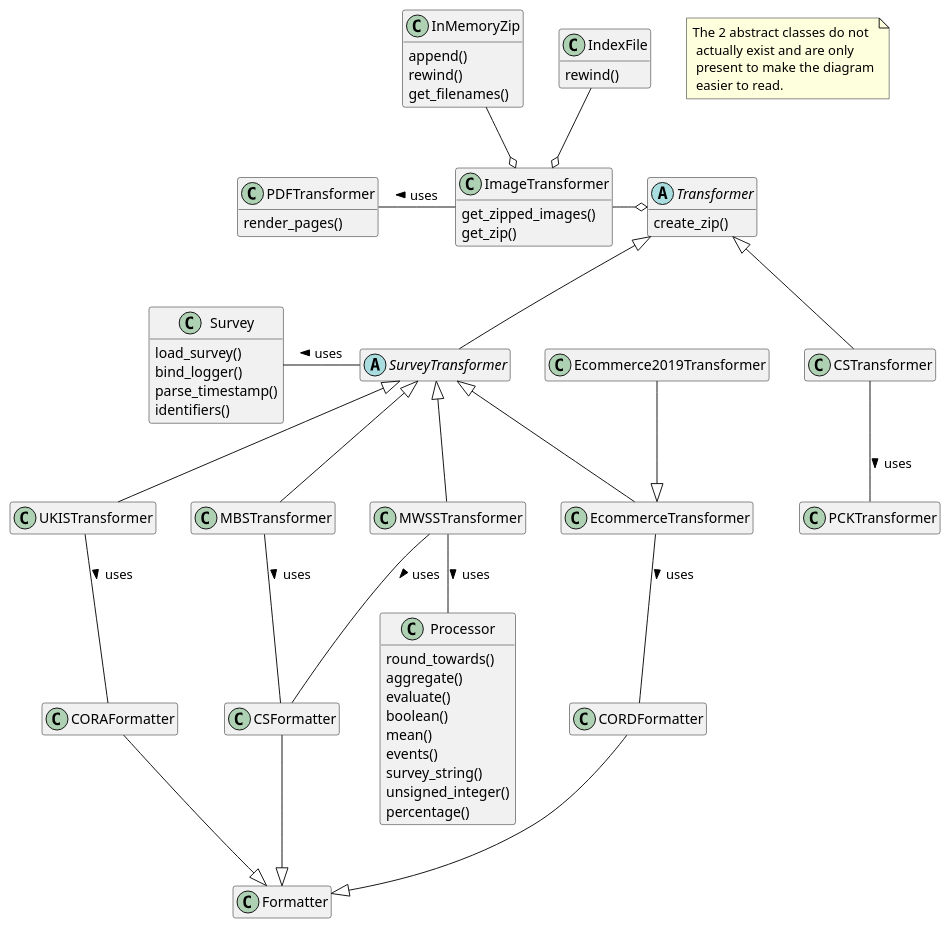
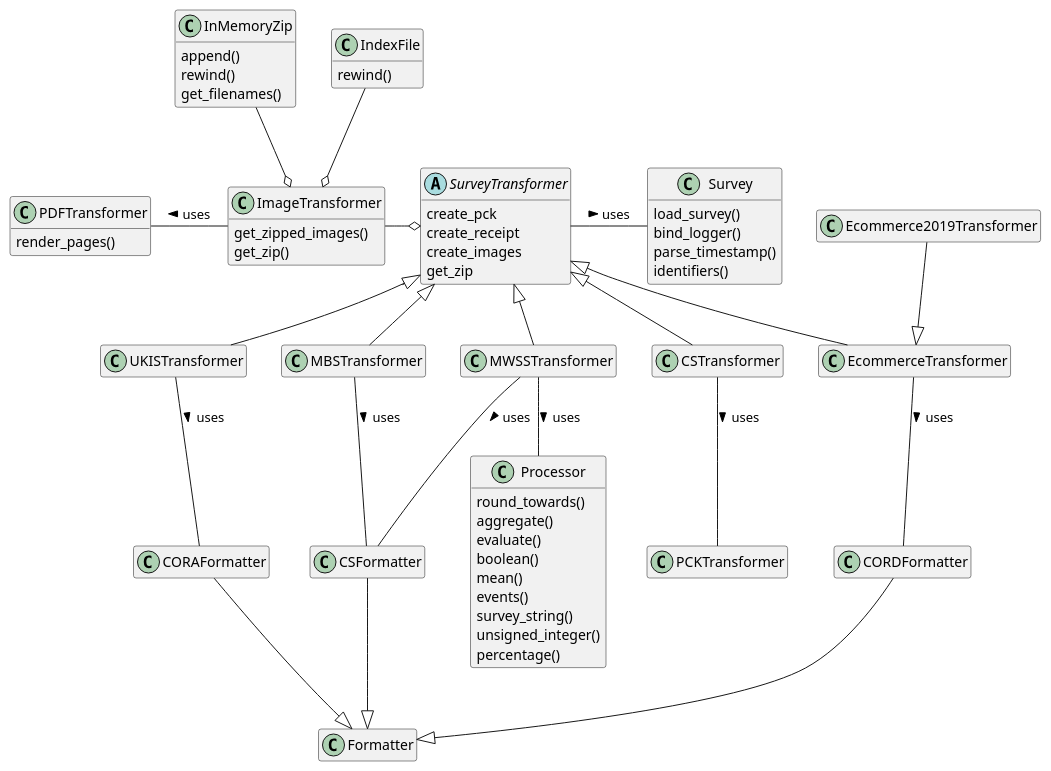
The diagram in docs/uml/transform-class.puml (ONSdigital/sdx-transform-cs), drawn with PlantUML before and after one commit. The commit also changed 1 other file, not shown here.

```diff
--- a/docs/uml/transform-class.puml
+++ b/docs/uml/transform-class.puml
@@ -1,92 +1,89 @@
 @startuml
 
 hide empty members
 
-'notes
-
-note "The 2 abstract classes do not\n actually exist and are only\n present to make the diagram\n easier to read." as n1
 
 'classes
 
 class Formatter
 class CSFormatter
 class CORAFormatter
 class CORDFormatter
 
-abstract Transformer
-Transformer : create_zip()
-
 abstract SurveyTransformer
+SurveyTransformer : create_pck
+SurveyTransformer : create_receipt
+SurveyTransformer : create_images
+SurveyTransformer : get_zip
 
 class MWSSTransformer
 class MBSTransformer
 class CSTransformer
 class PCKTransformer
 class UKISTransformer
 class EcommerceTransformer
 class Ecommerce2019Transformer
 
 class ImageTransformer
 ImageTransformer : get_zipped_images()
 ImageTransformer : get_zip()
 
 class InMemoryZip
 InMemoryZip : append()
 InMemoryZip : rewind()
 InMemoryZip : get_filenames()
 
 class IndexFile
 IndexFile : rewind()
 
 class PDFTransformer
 PDFTransformer : render_pages()
 
 class Processor
 Processor : round_towards()
 Processor : aggregate()
 Processor : evaluate()
 Processor : boolean()
 Processor : mean()
 Processor : events()
 Processor : survey_string()
 Processor : unsigned_integer()
 Processor : percentage()
 
 class Survey
 Survey : load_survey()
 Survey : bind_logger()
 Survey : parse_timestamp()
 Survey : identifiers()
 
 
 'inheritence
 
 Formatter <|-u- CSFormatter
 Formatter <|-u- CORAFormatter
 Formatter <|-u- CORDFormatter
 
-Transformer <|-- CSTransformer
-Transformer <|-- SurveyTransformer
+SurveyTransformer <|-- CSTransformer
 SurveyTransformer <|-- MWSSTransformer
 SurveyTransformer <|-- MBSTransformer
 SurveyTransformer <|-- UKISTransformer
 SurveyTransformer <|-- EcommerceTransformer
 EcommerceTransformer <|-U- Ecommerce2019Transformer
 
 'aggregations
-Transformer o-L ImageTransformer
+SurveyTransformer o-L ImageTransformer
 
 CSFormatter -u- MWSSTransformer : uses <
 CSFormatter -u- MBSTransformer : uses <
 CORAFormatter -u- UKISTransformer : uses <
 CORDFormatter -u- EcommerceTransformer : uses <
 
 IndexFile --o ImageTransformer
 ImageTransformer o-U- InMemoryZip
 ImageTransformer -L PDFTransformer : uses >
 
-SurveyTransformer -L Survey : uses >
+SurveyTransformer -R Survey : uses >
 MWSSTransformer -- Processor : uses >
 CSTransformer -d- PCKTransformer : uses >
 
 @enduml
```
